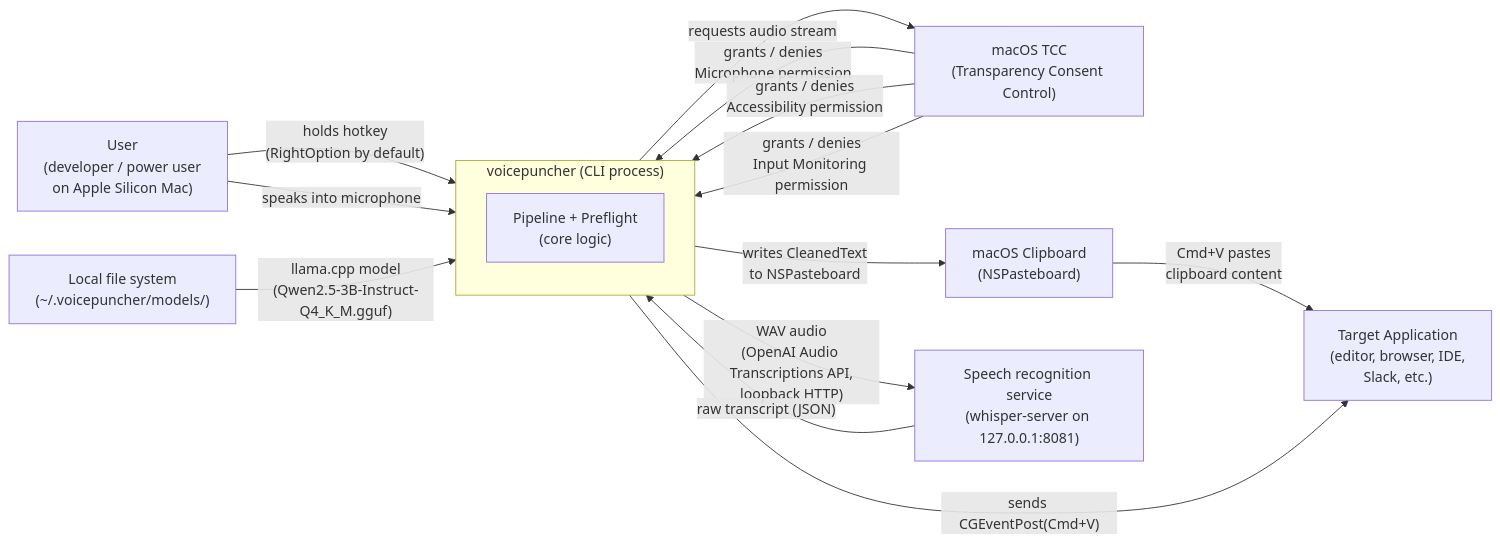
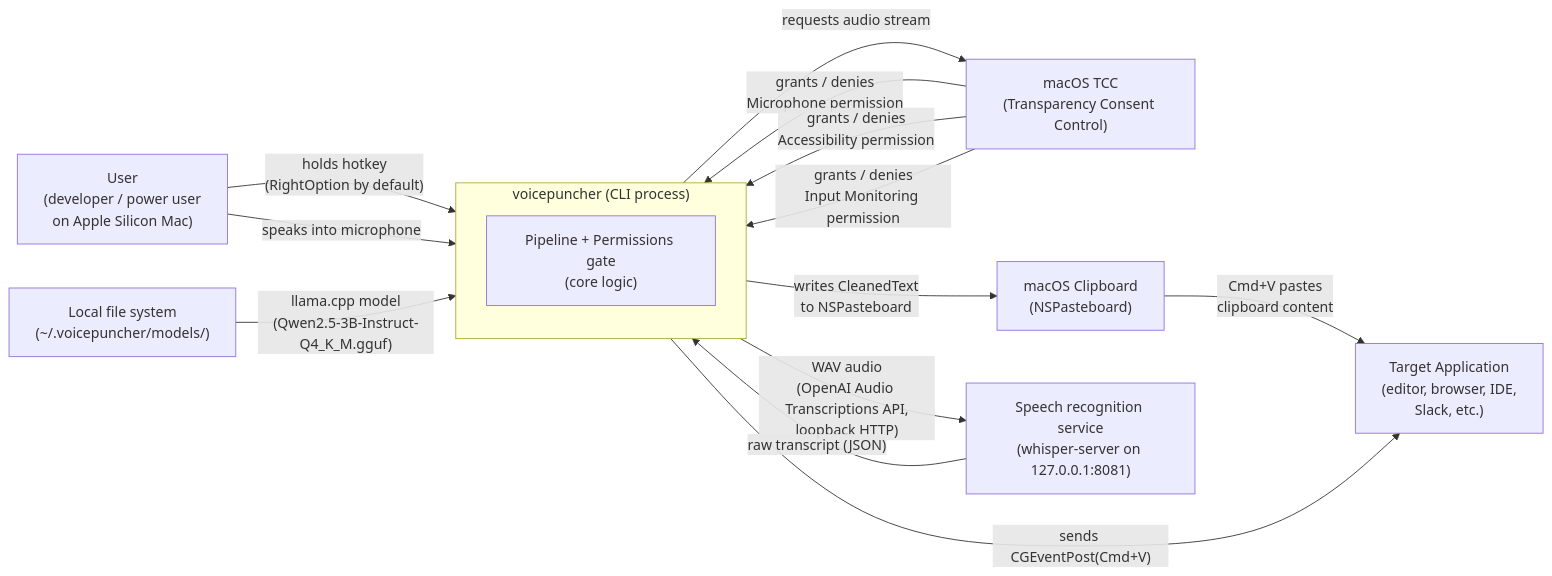
The first of 2 diagrams in docs/architecture/context.md (firstpilotpirx/voicepuncher), drawn with Mermaid before and after one commit. The commit also changed other lines of this file and 71 other files, not shown here.

First line of the commit message:
feat: permissions-gate-window (#244)

````diff
--- a/docs/architecture/context.md
+++ b/docs/architecture/context.md
@@ -5,28 +5,28 @@
 ```mermaid
 flowchart LR
     USER["User\n(developer / power user\non Apple Silicon Mac)"]
 
     subgraph vp["voicepuncher (CLI process)"]
         direction TB
-        CORE["Pipeline + Preflight\n(core logic)"]
+        CORE["Pipeline + Permissions gate\n(core logic)"]
     end
 
     TCC["macOS TCC\n(Transparency Consent Control)"]
     CLIPBOARD["macOS Clipboard\n(NSPasteboard)"]
     CURSOR["Target Application\n(editor, browser, IDE,\nSlack, etc.)"]
     MODELFS["Local file system\n(~/.voicepuncher/models/)"]
     STT["Speech recognition service\n(whisper-server on 127.0.0.1:8081)"]
 
     USER -- "holds hotkey\n(RightOption by default)" --> vp
     USER -- "speaks into microphone" --> vp
     vp -- "requests audio stream" --> TCC
     TCC -- "grants / denies\nMicrophone permission" --> vp
     TCC -- "grants / denies\nAccessibility permission" --> vp
     TCC -- "grants / denies\nInput Monitoring permission" --> vp
     vp -- "writes CleanedText\nto NSPasteboard" --> CLIPBOARD
     vp -- "sends CGEventPost(Cmd+V)" --> CURSOR
     CLIPBOARD -- "Cmd+V pastes\nclipboard content" --> CURSOR
     vp -- "WAV audio\n(OpenAI Audio Transcriptions API,\nloopback HTTP)" --> STT
     STT -- "raw transcript (JSON)" --> vp
     MODELFS -- "llama.cpp model\n(Qwen2.5-3B-Instruct-Q4_K_M.gguf)" --> vp
 ```
````
